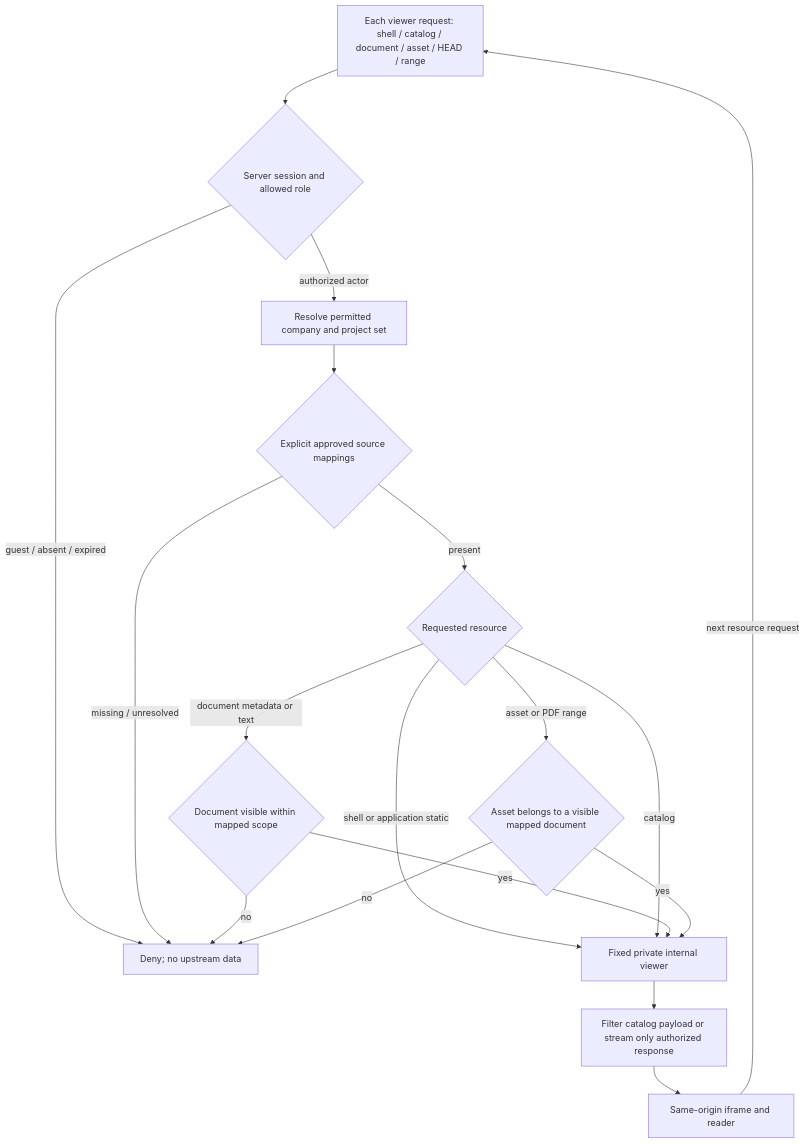
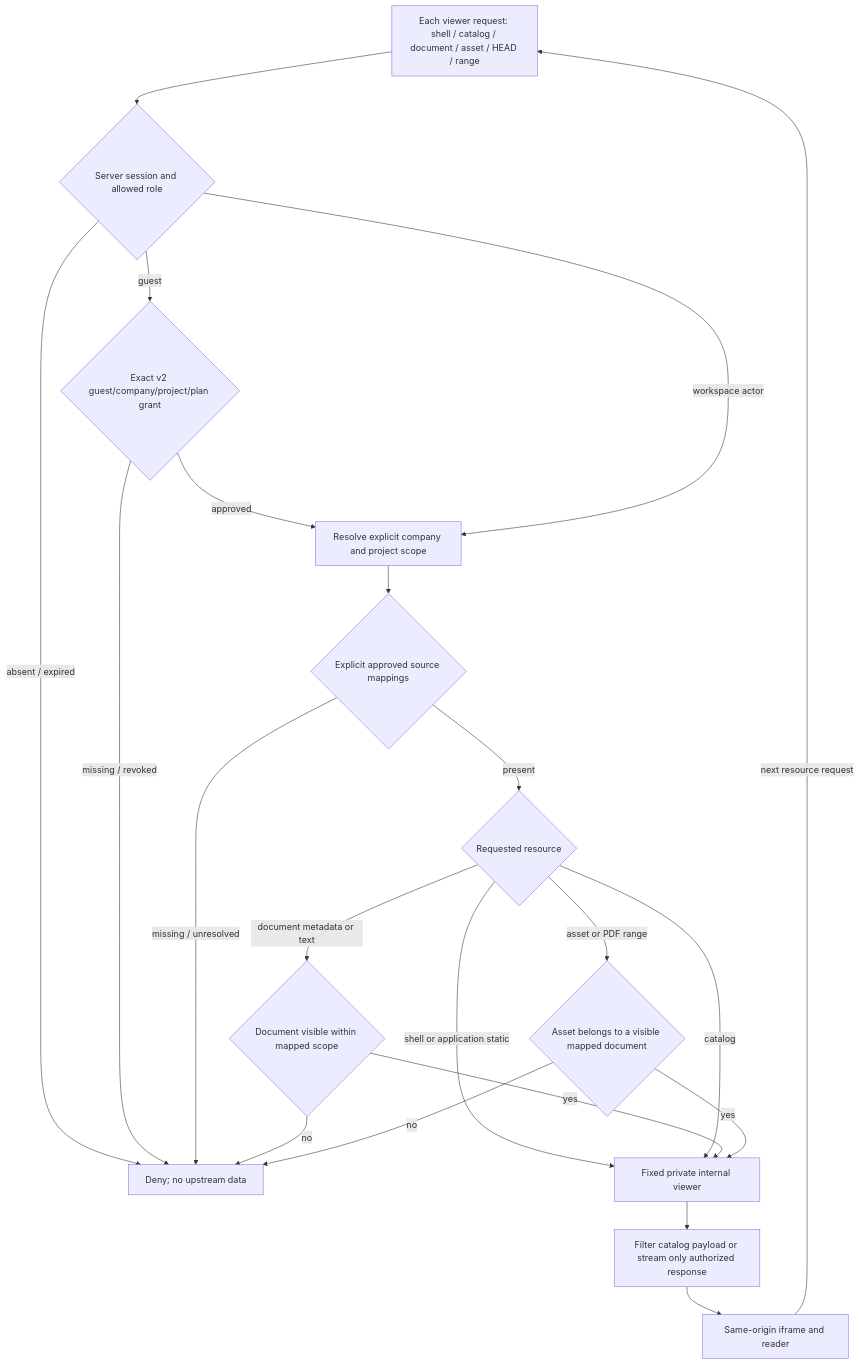
Before and after one commit to taylord0410/tayco-website: the diagram in docs/takeoff-viewer-integration.md, drawn with Mermaid. The commit also changed other lines of this file and 4 other files, not shown here.

````diff
--- a/docs/takeoff-viewer-integration.md
+++ b/docs/takeoff-viewer-integration.md
@@ -50,20 +49,23 @@
 ```mermaid
 flowchart TD
   U[Each viewer request: shell / catalog / document / asset / HEAD / range] --> S{Server session and allowed role}
-  S -->|guest / absent / expired| D[Deny; no upstream data]
-  S -->|authorized actor| P[Resolve permitted company and project set]
+  S -->|absent / expired| D[Deny; no upstream data]
+  S -->|guest| G{Exact v2 guest/company/project/plan grant}
+  G -->|missing / revoked| D
+  G -->|approved| P[Resolve explicit company and project scope]
+  S -->|workspace actor| P
   P --> M{Explicit approved source mappings}
   M -->|missing / unresolved| D
   M -->|present| Q{Requested resource}
   Q -->|shell or application static| I[Fixed private internal viewer]
   Q -->|catalog| I
   Q -->|document metadata or text| C{Document visible within mapped scope}
   C -->|no| D
   C -->|yes| I
   Q -->|asset or PDF range| A{Asset belongs to a visible mapped document}
   A -->|no| D
   A -->|yes| I
   I --> B[Filter catalog payload or stream only authorized response]
   B --> V[Same-origin iframe and reader]
   V -->|next resource request| U
 ```
````
